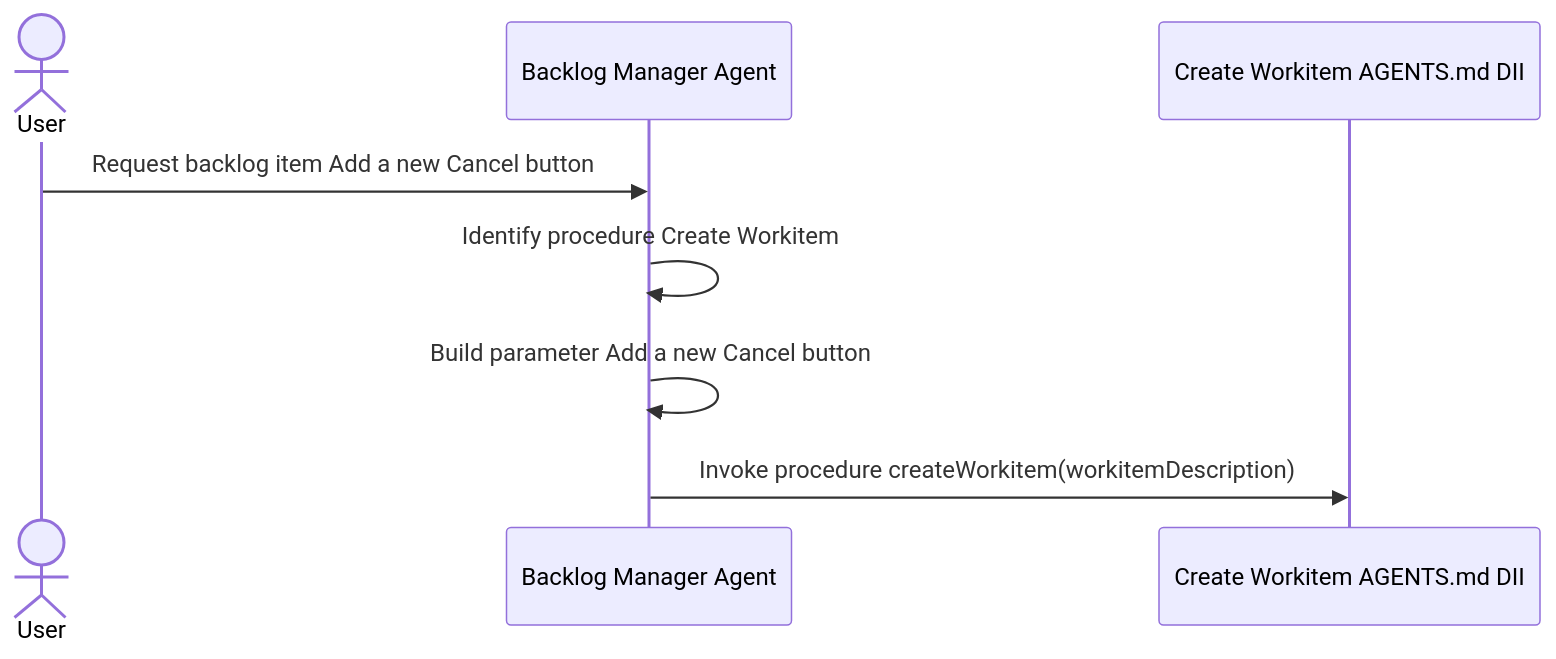
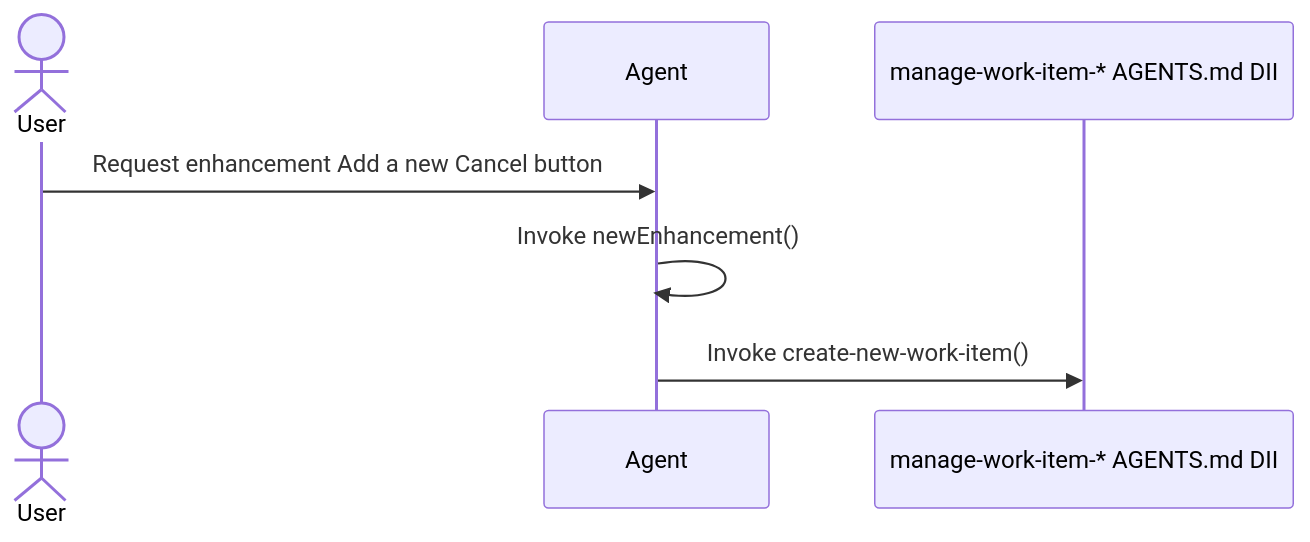
The fifth of 11 diagrams in design/object-oriented-agent-and-skill-model.md (martinbechard/dev-methodology), drawn with Mermaid before and after one commit. The commit also changed other lines of this file and 2 other files, not shown here.

Commit message:
Clarify whole-skill and work-item DII notation

````diff
--- a/design/object-oriented-agent-and-skill-model.md
+++ b/design/object-oriented-agent-and-skill-model.md
@@ -376,11 +367,10 @@
 ```mermaid
 sequenceDiagram
     actor User
-    participant Agent as Backlog Manager Agent
-    participant Interface as Create Workitem AGENTS.md DII
+    participant Agent
+    participant Interface as manage-work-item-* AGENTS.md DII
 
-    User->>Agent: Request backlog item Add a new Cancel button
-    Agent->>Agent: Identify procedure Create Workitem
-    Agent->>Agent: Build parameter Add a new Cancel button
-    Agent->>Interface: Invoke procedure createWorkitem(workitemDescription)
+    User->>Agent: Request enhancement Add a new Cancel button
+    Agent->>Agent: Invoke newEnhancement()
+    Agent->>Interface: Invoke create-new-work-item()
 ```
````
